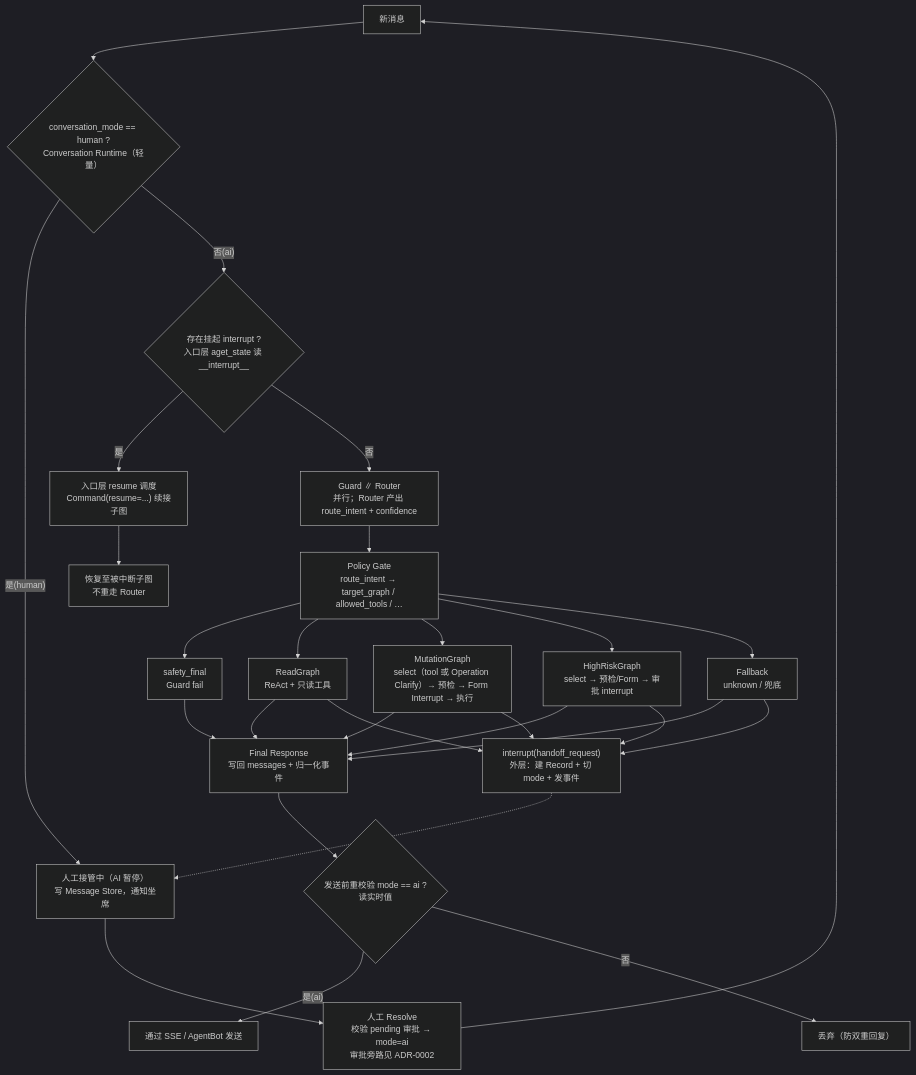
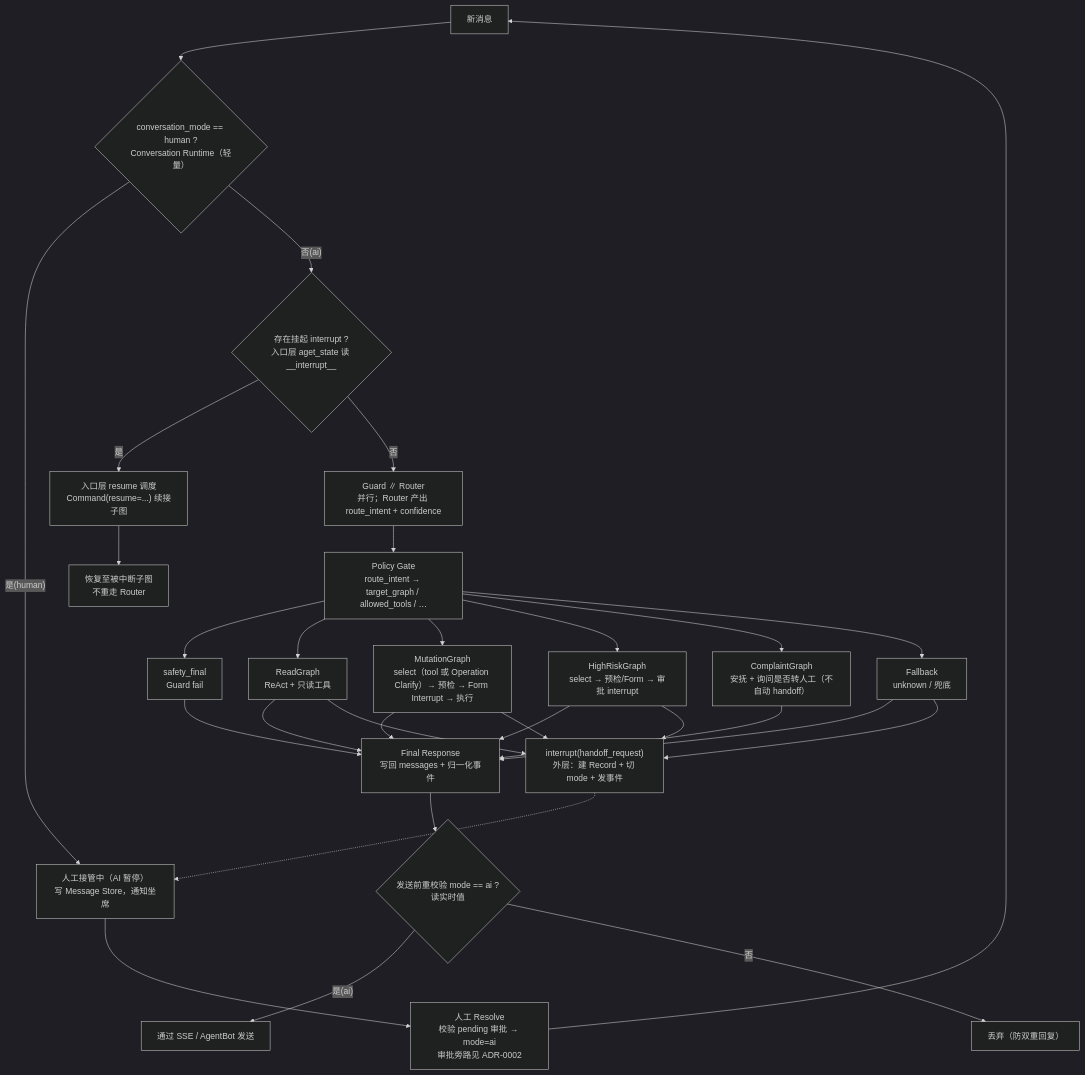
One commit to wlyqiqi/ai-service-agent-root changed the diagram in docs/diagrams/graph-overview.md. Above: the diagram before and after it, drawn with Mermaid (dark theme). The commit also changed other lines of this file and 2 other files, not shown here.

Commit message:
docs(diagrams): sync architecture with current runtime

````diff
--- a/docs/diagrams/graph-overview.md
+++ b/docs/diagrams/graph-overview.md
@@ -6,23 +6,24 @@
 ```mermaid
 flowchart TD
     A["新消息"] --> B{"conversation_mode == human ?<br/>Conversation Runtime（轻量）"}
     B -- "是(human)" --> H["人工接管中（AI 暂停）<br/>写 Message Store，通知坐席"]
     B -- "否(ai)" --> C{"存在挂起 interrupt ?<br/>入口层 aget_state 读 __interrupt__"}
     C -- "是" --> R["入口层 resume 调度<br/>Command(resume=...) 续接子图"]
     R --> RG["恢复至被中断子图<br/>不重走 Router"]
     C -- "否" --> G["Guard ∥ Router<br/>并行；Router 产出 route_intent + confidence"]
     G --> P["Policy Gate<br/>route_intent → target_graph / allowed_tools / …"]
     P --> SF["safety_final<br/>Guard fail"]
     P --> RD["ReadGraph<br/>ReAct + 只读工具"]
     P --> MU["MutationGraph<br/>select（tool 或 Operation Clarify）→ 预检 → Form Interrupt → 执行"]
     P --> HR["HighRiskGraph<br/>select → 预检/Form → 审批 interrupt"]
+    P --> CP["ComplaintGraph<br/>安抚 + 询问是否转人工（不自动 handoff）"]
     P --> FB["Fallback<br/>unknown / 兜底"]
-    SF & RD & MU & HR & FB --> F["Final Response<br/>写回 messages + 归一化事件"]
+    SF & RD & MU & HR & CP & FB --> F["Final Response<br/>写回 messages + 归一化事件"]
     RD & MU & HR & FB --> HO["interrupt(handoff_request)<br/>外层：建 Record + 切 mode + 发事件"]
     HO -.-> H
     F --> PRE{"发送前重校验 mode == ai ?<br/>读实时值"}
     PRE -- "是(ai)" --> SEND["通过 SSE / AgentBot 发送"]
     PRE -- "否" --> DROP["丢弃（防双重回复）"]
     H --> RESOLVE["人工 Resolve<br/>校验 pending 审批 → mode=ai<br/>审批旁路见 ADR-0002"]
     RESOLVE --> A
 ```
````
